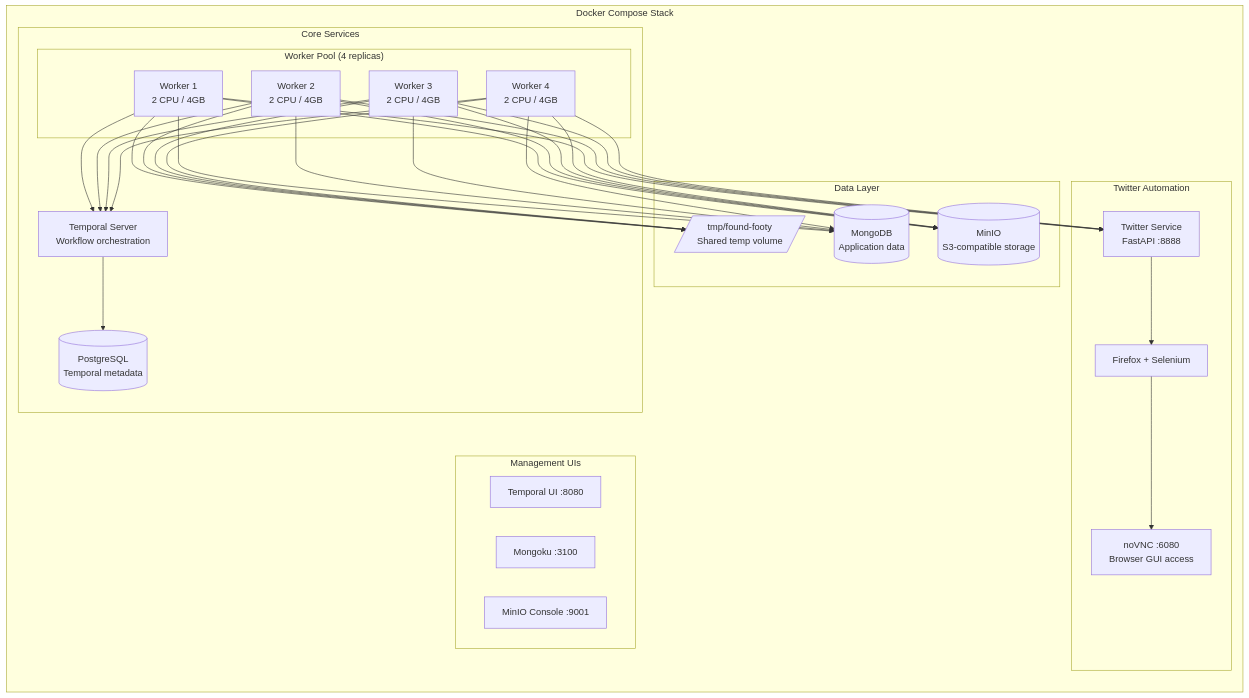
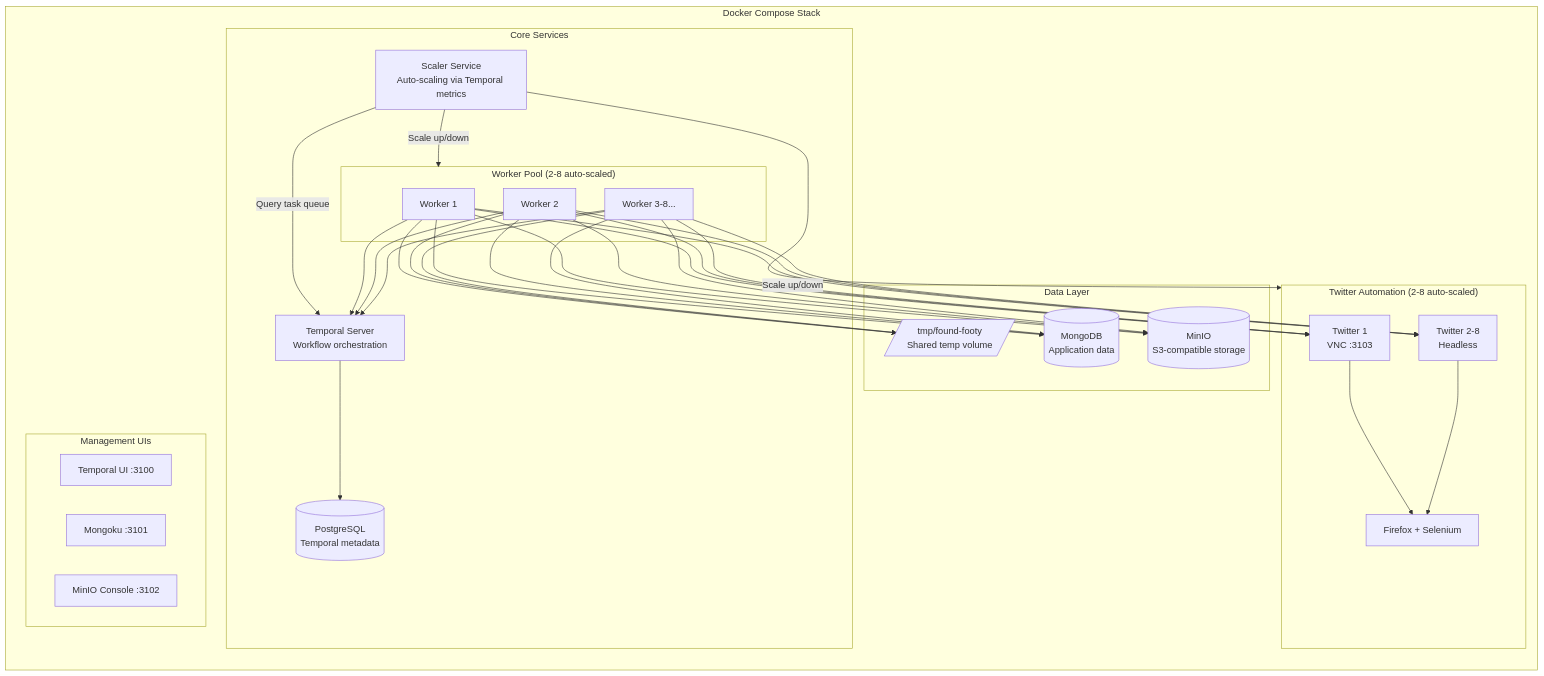
One commit to vedantadhobley/found-footy changed the eighth of 15 diagrams in README.md. Above: the diagram before and after it, drawn with Mermaid. The commit also changed other lines of this file and 5 other files, not shown here.

First line of the commit message:
refactor(scaler): use python-on-whales + Temporal metrics for auto-scaling

````diff
--- a/README.md
+++ b/README.md
@@ -326,44 +326,45 @@
 ```mermaid
 flowchart TB
     subgraph DOCKER["Docker Compose Stack"]
         direction TB
         
         subgraph CORE["Core Services"]
-            subgraph WORKERS["Worker Pool (4 replicas)"]
-                W1[Worker 1<br/>2 CPU / 4GB]
-                W2[Worker 2<br/>2 CPU / 4GB]
-                W3[Worker 3<br/>2 CPU / 4GB]
-                W4[Worker 4<br/>2 CPU / 4GB]
+            subgraph WORKERS["Worker Pool (2-8 auto-scaled)"]
+                W1[Worker 1]
+                W2[Worker 2]
+                WN[Worker 3-8...]
             end
             TEMPORAL[Temporal Server<br/>Workflow orchestration]
             POSTGRES[(PostgreSQL<br/>Temporal metadata)]
+            SCALER[Scaler Service<br/>Auto-scaling via Temporal metrics]
         end
         
         subgraph DATA["Data Layer"]
             MONGO[(MongoDB<br/>Application data)]
             MINIO[(MinIO<br/>S3-compatible storage)]
             TEMP[/tmp/found-footy<br/>Shared temp volume/]
         end
         
-        subgraph TWITTER["Twitter Automation"]
-            TWITTERSVC[Twitter Service<br/>FastAPI :8888]
+        subgraph TWITTER["Twitter Automation (2-8 auto-scaled)"]
+            T1[Twitter 1<br/>VNC :3103]
+            T2[Twitter 2-8<br/>Headless]
             FIREFOX[Firefox + Selenium]
-            VNC[noVNC :6080<br/>Browser GUI access]
         end
         
         subgraph UI["Management UIs"]
-            TEMPUI[Temporal UI :8080]
-            MONGOKU[Mongoku :3100]
-            MINIOUI[MinIO Console :9001]
+            TEMPUI[Temporal UI :3100]
+            MONGOKU[Mongoku :3101]
+            MINIOUI[MinIO Console :3102]
         end
     end
     
-    W1 & W2 & W3 & W4 --> TEMPORAL
-    W1 & W2 & W3 & W4 --> TEMP
+    SCALER -->|Query task queue| TEMPORAL
+    SCALER -->|Scale up/down| WORKERS & TWITTER
+    W1 & W2 & WN --> TEMPORAL
+    W1 & W2 & WN --> TEMP
     TEMPORAL --> POSTGRES
-    W1 & W2 & W3 & W4 --> MONGO
-    W1 & W2 & W3 & W4 --> MINIO
-    W1 & W2 & W3 & W4 --> TWITTERSVC
-    TWITTERSVC --> FIREFOX
-    FIREFOX --> VNC
+    W1 & W2 & WN --> MONGO
+    W1 & W2 & WN --> MINIO
+    W1 & W2 & WN --> T1 & T2
+    T1 & T2 --> FIREFOX
 ```
````
